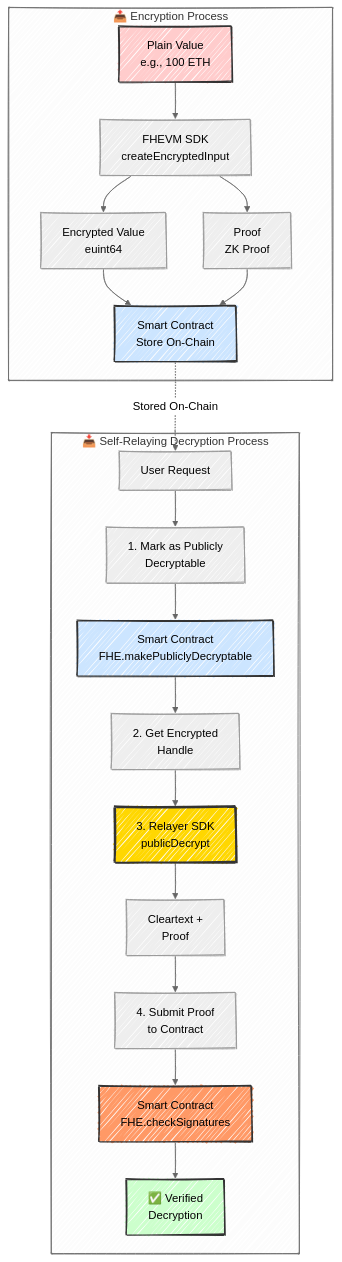
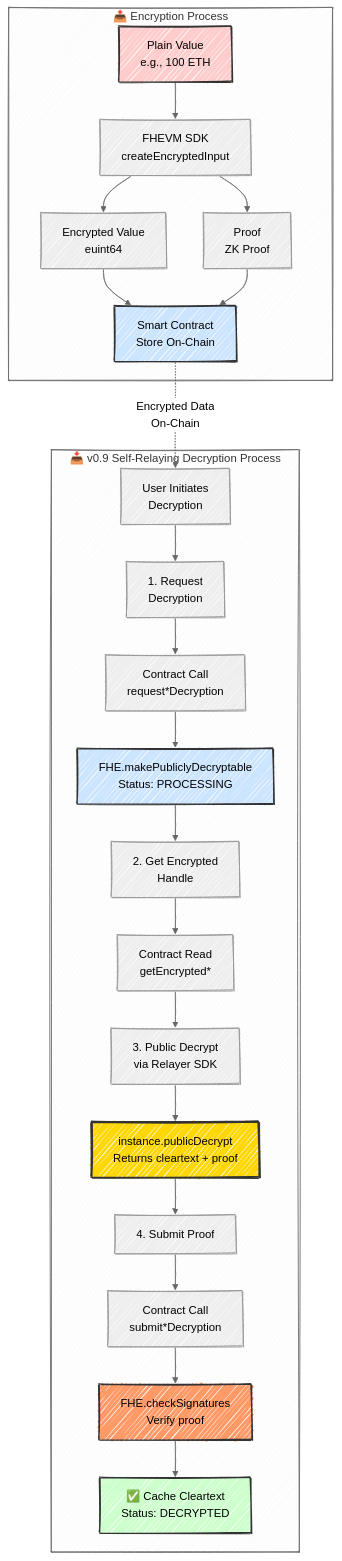
Before and after one commit to cris-the-dev/confidential-fundraising: the diagram in README.md, drawn with Mermaid. The commit also changed other lines of this file and 16 other files, not shown here.

````diff
--- a/README.md
+++ b/README.md
@@ -69,36 +122,39 @@
 ```mermaid
 ---
 config:
   look: handDrawn
   theme: neutral
 ---
 
 graph TB
     subgraph "📤 Encryption Process"
         A[Plain Value<br/>e.g., 100 ETH] --> B[FHEVM SDK<br/>createEncryptedInput]
         B --> C[Encrypted Value<br/>euint64]
         B --> D[Proof<br/>ZK Proof]
         C --> E[Smart Contract<br/>Store On-Chain]
         D --> E
     end
 
-    subgraph "📥 Self-Relaying Decryption Process"
-        F[User Request] --> G[1. Mark as Publicly<br/>Decryptable]
-        G --> H[Smart Contract<br/>FHE.makePubliclyDecryptable]
-        H --> I[2. Get Encrypted<br/>Handle]
-        I --> J[3. Relayer SDK<br/>publicDecrypt]
-        J --> K[Cleartext +<br/>Proof]
-        K --> L[4. Submit Proof<br/>to Contract]
-        L --> M[Smart Contract<br/>FHE.checkSignatures]
-        M --> N[✅ Verified<br/>Decryption]
+    subgraph "📥 v0.9 Self-Relaying Decryption Process"
+        F[User Initiates<br/>Decryption] --> G[1. Request<br/>Decryption]
+        G --> H[Contract Call<br/>request*Decryption]
+        H --> I[FHE.makePubliclyDecryptable<br/>Status: PROCESSING]
+        I --> J[2. Get Encrypted<br/>Handle]
+        J --> K[Contract Read<br/>getEncrypted*]
+        K --> L[3. Public Decrypt<br/>via Relayer SDK]
+        L --> M[instance.publicDecrypt<br/>Returns cleartext + proof]
+        M --> N[4. Submit Proof]
+        N --> O[Contract Call<br/>submit*Decryption]
+        O --> P[FHE.checkSignatures<br/>Verify proof]
+        P --> Q[✅ Cache Cleartext<br/>Status: DECRYPTED]
     end
 
-    E -.Stored On-Chain.-> F
+    E -.Encrypted Data<br/>On-Chain.-> F
 
     style A fill:#ffcccc,stroke:#333,stroke-width:2px
-    style N fill:#ccffcc,stroke:#333,stroke-width:2px
+    style Q fill:#ccffcc,stroke:#333,stroke-width:2px
     style E fill:#cce5ff,stroke:#333,stroke-width:2px
-    style H fill:#cce5ff,stroke:#333,stroke-width:2px
-    style J fill:#ffd700,stroke:#333,stroke-width:3px
-    style M fill:#ff9966,stroke:#333,stroke-width:2px
+    style I fill:#cce5ff,stroke:#333,stroke-width:2px
+    style M fill:#ffd700,stroke:#333,stroke-width:3px
+    style P fill:#ff9966,stroke:#333,stroke-width:2px
 ```
````
